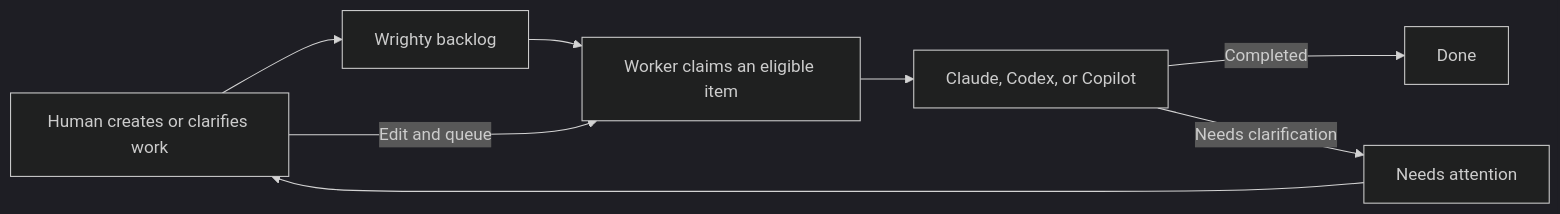
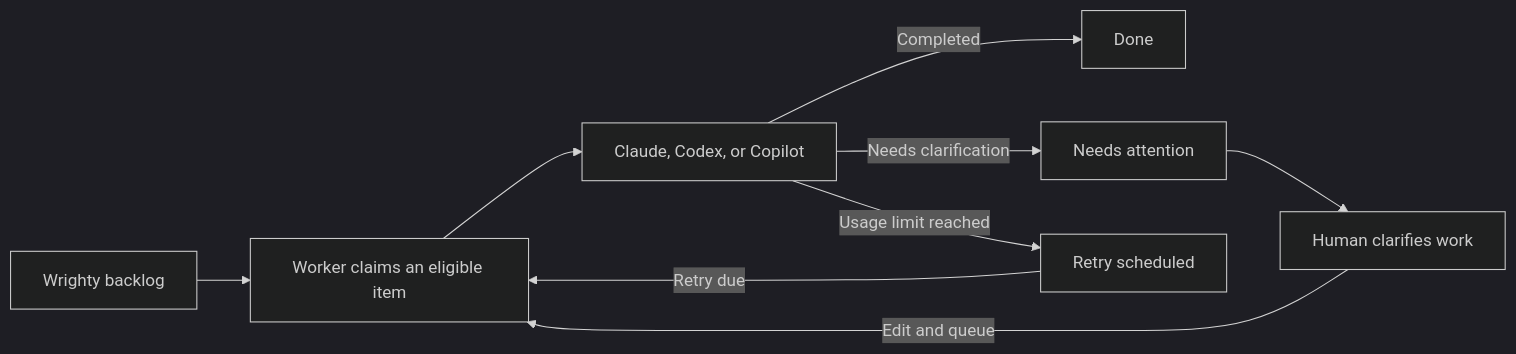
The second of 2 diagrams in README.md (highbyte/wrighty), drawn with Mermaid (dark theme) before and after one commit. The commit also changed other lines of this file and 22 other files, not shown here.

````diff
--- a/README.md
+++ b/README.md
@@ -60,10 +209,11 @@
 ```mermaid
 flowchart LR
-    Human["Human creates or clarifies work"] --> Backlog["Wrighty backlog"]
-    Backlog --> Worker["Worker claims an eligible item"]
+    Backlog["Wrighty backlog"] --> Worker["Worker claims an eligible item"]
     Worker --> Agent["Claude, Codex, or Copilot"]
     Agent -->|Completed| Done["Done"]
     Agent -->|Needs clarification| Attention["Needs attention"]
-    Attention --> Human
+    Agent -->|Usage limit reached| Retry["Retry scheduled"]
+    Retry -->|Retry due| Worker
+    Attention --> Human["Human clarifies work"]
     Human -->|Edit and queue| Worker
 ```
````
